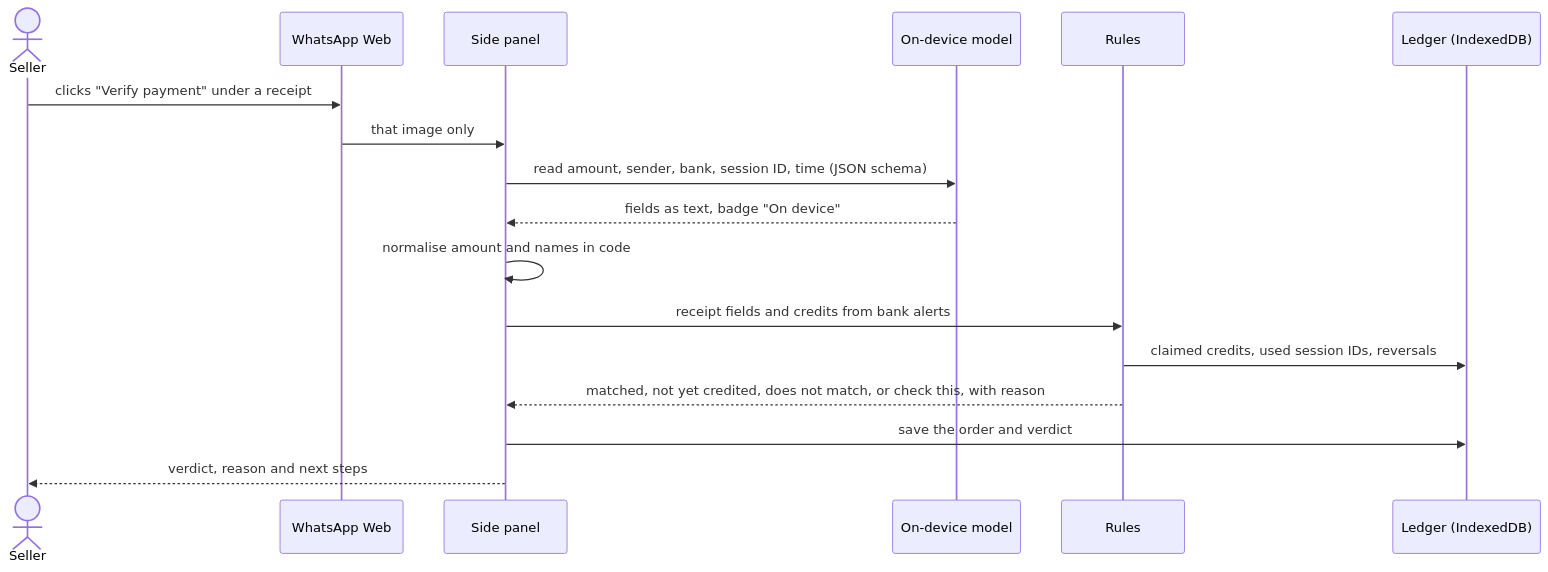
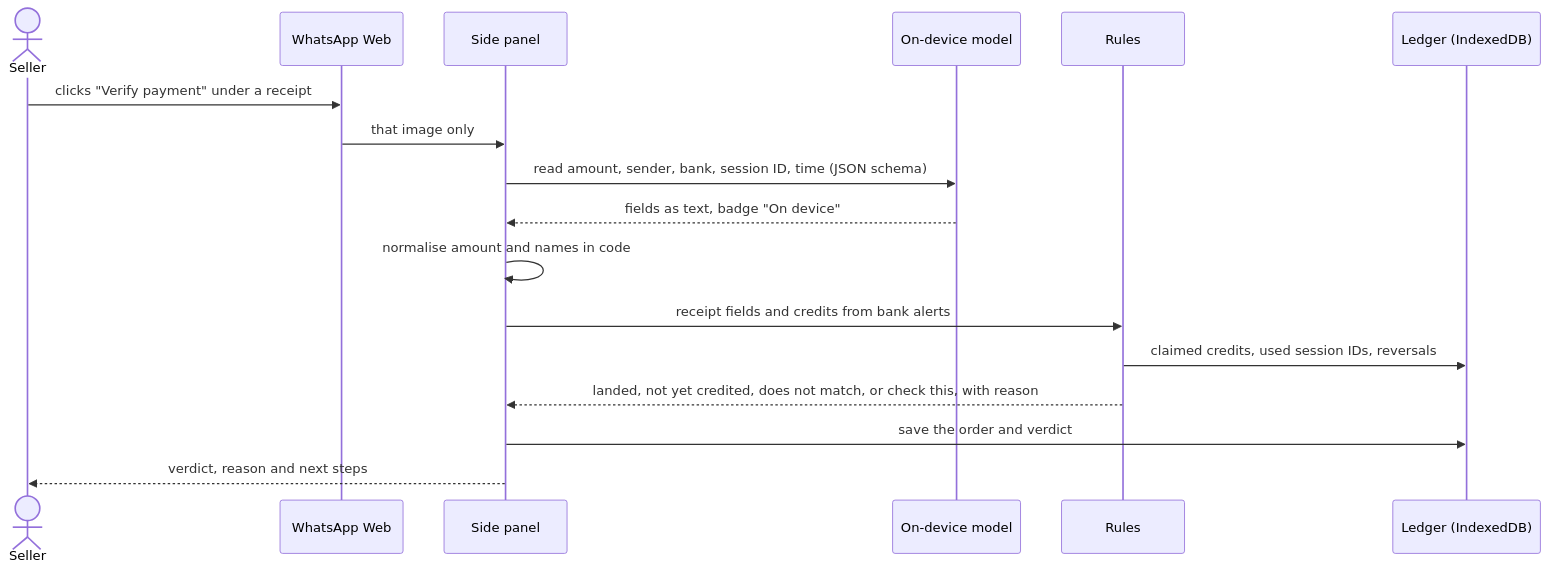
The second of 2 diagrams in README.md (Samuel-Chuku/foil), drawn with Mermaid before and after one commit. The commit also changed other lines of this file, not shown here.

Commit message:
Use Landed and Ask Foil in the README

````diff
--- a/README.md
+++ b/README.md
@@ -293,19 +293,19 @@
 ```mermaid
 sequenceDiagram
   actor V as Seller
   participant WA as WhatsApp Web
   participant P as Side panel
   participant M as On-device model
   participant R as Rules
   participant L as Ledger (IndexedDB)
   V->>WA: clicks "Verify payment" under a receipt
   WA->>P: that image only
   P->>M: read amount, sender, bank, session ID, time (JSON schema)
   M-->>P: fields as text, badge "On device"
   P->>P: normalise amount and names in code
   P->>R: receipt fields and credits from bank alerts
   R->>L: claimed credits, used session IDs, reversals
-  R-->>P: matched, not yet credited, does not match, or check this, with reason
+  R-->>P: landed, not yet credited, does not match, or check this, with reason
   P->>L: save the order and verdict
   P-->>V: verdict, reason and next steps
 ```
````
